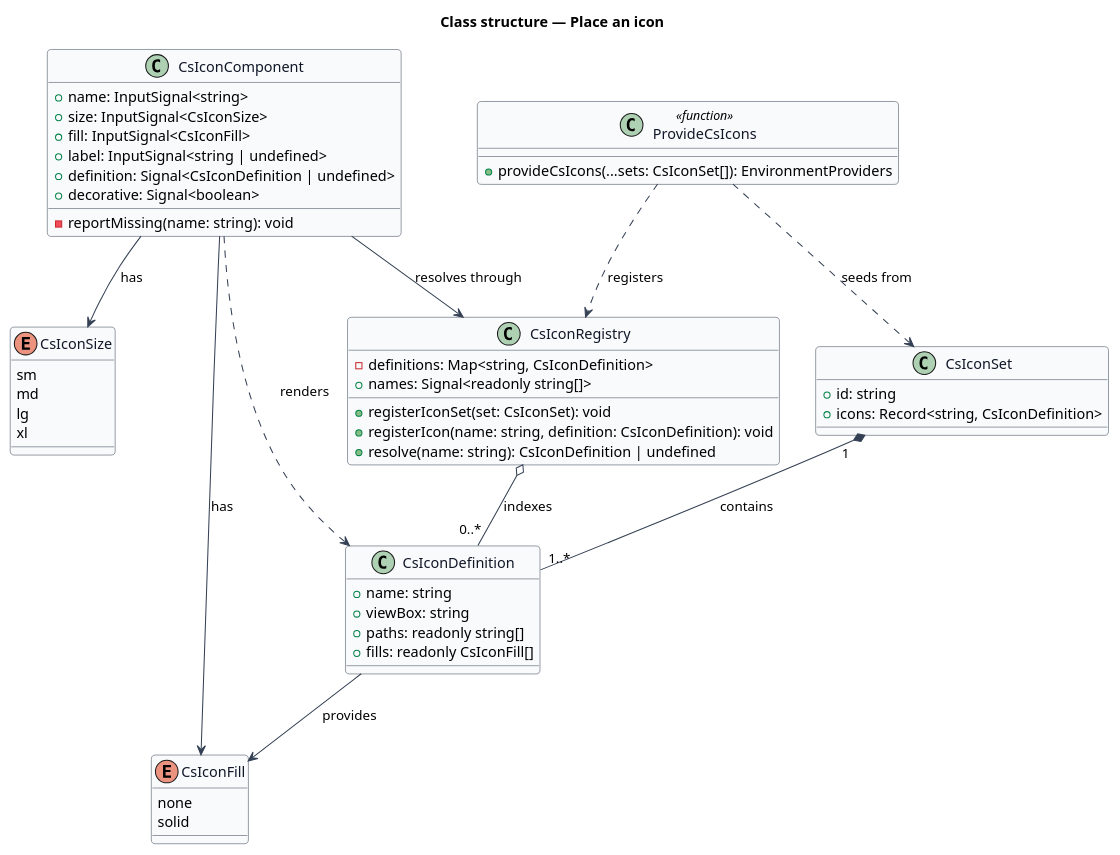
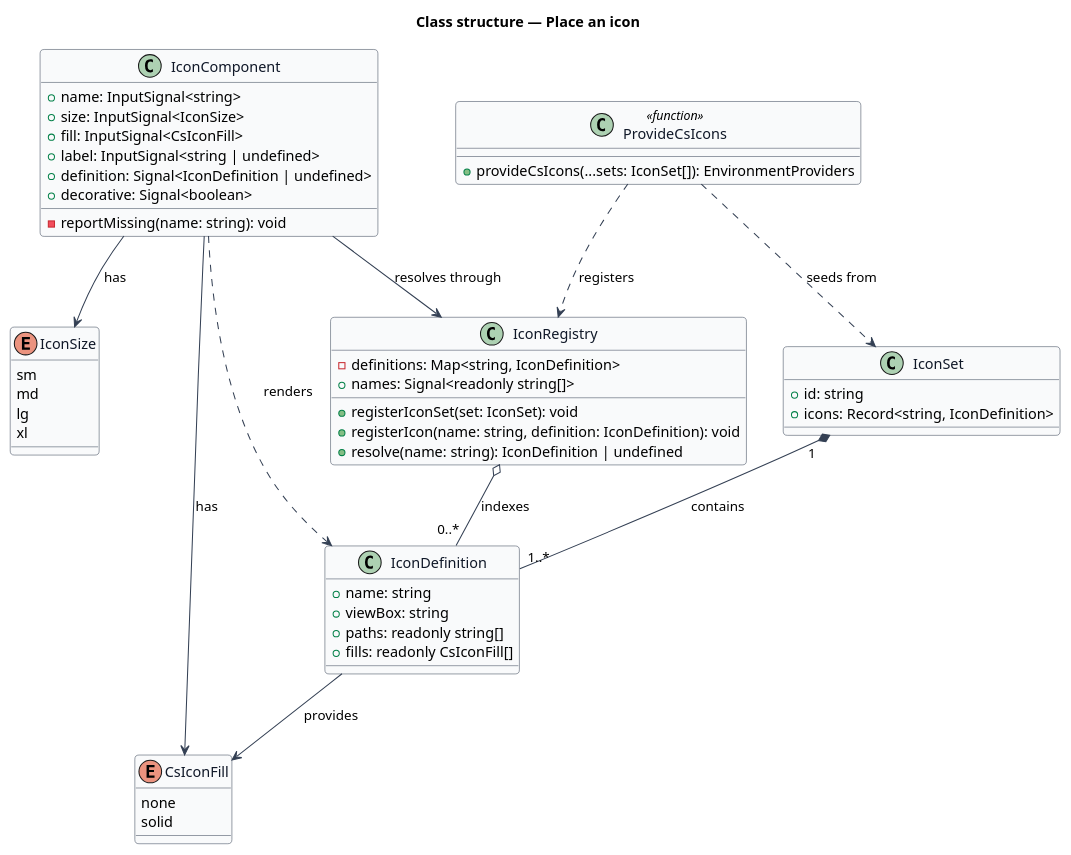
Before and after one commit to QuinntyneBrown/Cornerstone: the diagram in docs/detailed-designs/layout/place-an-icon/diagrams/class-structure.puml, drawn with PlantUML. The commit also changed 1743 other files, not shown here.

```diff
--- a/docs/detailed-designs/layout/place-an-icon/diagrams/class-structure.puml
+++ b/docs/detailed-designs/layout/place-an-icon/diagrams/class-structure.puml
@@ -1,71 +1,71 @@
 @startuml
 ' --- shared skin header ---
 skinparam backgroundColor #FFFFFF
 skinparam shadowing false
 skinparam roundcorner 8
 skinparam defaultFontName Arial
 skinparam ArrowColor #344054
 skinparam class {
   BorderColor #344054
   FontColor #101828
   BackgroundColor #F9FAFB
 }
 ' --------------------------
 title Class structure — Place an icon
 
-enum CsIconSize {
+enum IconSize {
   sm
   md
   lg
   xl
 }
 
 enum CsIconFill {
   none
   solid
 }
 
-class CsIconDefinition {
+class IconDefinition {
   +name: string
   +viewBox: string
   +paths: readonly string[]
   +fills: readonly CsIconFill[]
 }
 
-class CsIconSet {
+class IconSet {
   +id: string
-  +icons: Record<string, CsIconDefinition>
+  +icons: Record<string, IconDefinition>
 }
 
-class CsIconRegistry {
-  -definitions: Map<string, CsIconDefinition>
+class IconRegistry {
+  -definitions: Map<string, IconDefinition>
   +names: Signal<readonly string[]>
-  +registerIconSet(set: CsIconSet): void
-  +registerIcon(name: string, definition: CsIconDefinition): void
-  +resolve(name: string): CsIconDefinition | undefined
+  +registerIconSet(set: IconSet): void
+  +registerIcon(name: string, definition: IconDefinition): void
+  +resolve(name: string): IconDefinition | undefined
 }
 
-class CsIconComponent {
+class IconComponent {
   +name: InputSignal<string>
-  +size: InputSignal<CsIconSize>
+  +size: InputSignal<IconSize>
   +fill: InputSignal<CsIconFill>
   +label: InputSignal<string | undefined>
-  +definition: Signal<CsIconDefinition | undefined>
+  +definition: Signal<IconDefinition | undefined>
   +decorative: Signal<boolean>
   -reportMissing(name: string): void
 }
 
 class ProvideCsIcons <<function>> {
-  +provideCsIcons(...sets: CsIconSet[]): EnvironmentProviders
+  +provideCsIcons(...sets: IconSet[]): EnvironmentProviders
 }
 
-ProvideCsIcons ..> CsIconRegistry : registers
-ProvideCsIcons ..> CsIconSet : seeds from
-CsIconSet "1" *-- "1..*" CsIconDefinition : contains
-CsIconRegistry o-- "0..*" CsIconDefinition : indexes
-CsIconComponent --> CsIconRegistry : resolves through
-CsIconComponent ..> CsIconDefinition : renders
-CsIconComponent --> CsIconSize : has
-CsIconComponent --> CsIconFill : has
-CsIconDefinition --> CsIconFill : provides
+ProvideCsIcons ..> IconRegistry : registers
+ProvideCsIcons ..> IconSet : seeds from
+IconSet "1" *-- "1..*" IconDefinition : contains
+IconRegistry o-- "0..*" IconDefinition : indexes
+IconComponent --> IconRegistry : resolves through
+IconComponent ..> IconDefinition : renders
+IconComponent --> IconSize : has
+IconComponent --> CsIconFill : has
+IconDefinition --> CsIconFill : provides
 @enduml
```
